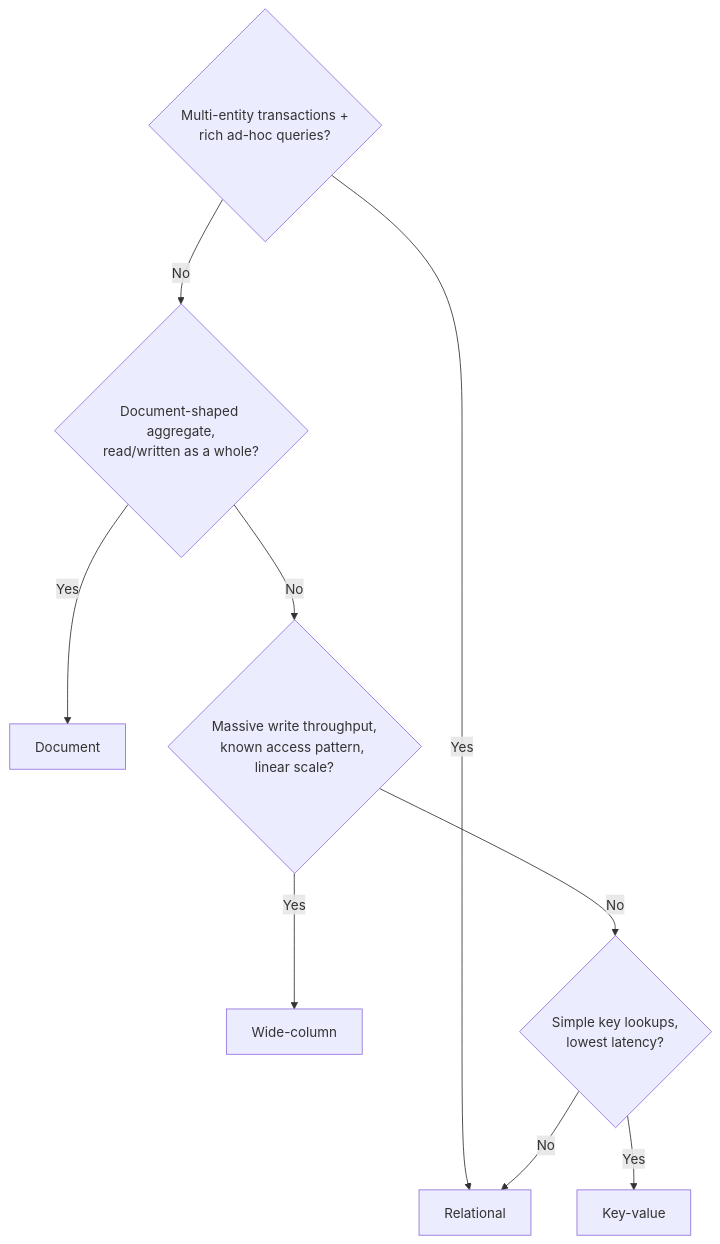
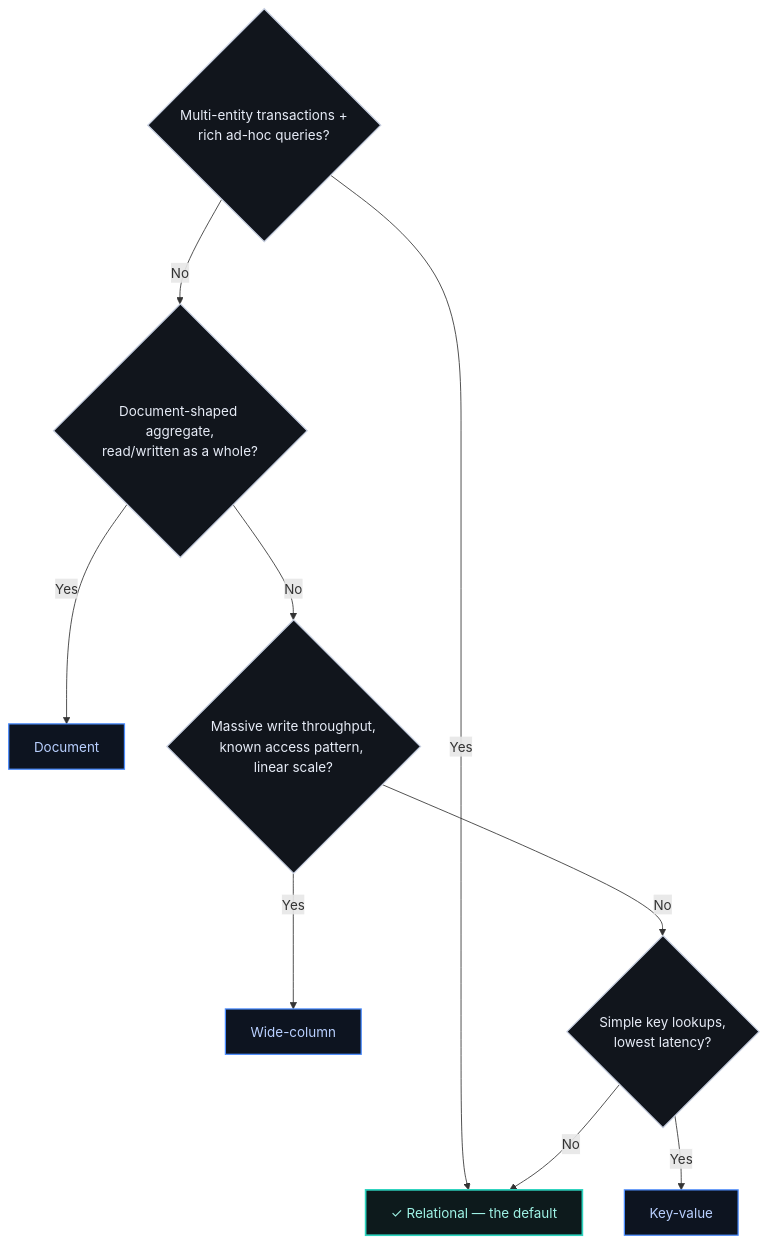
Before and after one commit to raghavarora12/engineering-playbook: the diagram in adrs/007-database-selection-framework.md, drawn with Mermaid. The commit also changed other lines of this file and 10 other files, not shown here.

````diff
--- a/adrs/007-database-selection-framework.md
+++ b/adrs/007-database-selection-framework.md
@@ -40,12 +52,19 @@
 ```mermaid
 flowchart TD
     Q1{"Multi-entity transactions +<br/>rich ad-hoc queries?"}
-    Q1 -- Yes --> REL["Relational"]
+    Q1 -- Yes --> REL["✓ Relational — the default"]
     Q1 -- No --> Q2{"Document-shaped aggregate,<br/>read/written as a whole?"}
     Q2 -- Yes --> DOC["Document"]
     Q2 -- No --> Q3{"Massive write throughput,<br/>known access pattern, linear scale?"}
     Q3 -- Yes --> WIDE["Wide-column"]
     Q3 -- No --> Q4{"Simple key lookups,<br/>lowest latency?"}
     Q4 -- Yes --> KV["Key-value"]
     Q4 -- No --> REL
+
+    classDef decision fill:#11151c,stroke:#c7cfe0,stroke-width:1.5px,color:#e7ecf7
+    classDef good fill:#0d1a1c,stroke:#2dd4bf,stroke-width:2px,color:#9ff3e6
+    classDef neutral fill:#0d1420,stroke:#4c8dff,stroke-width:1.5px,color:#b9d0ff
+    class Q1,Q2,Q3,Q4 decision
+    class REL good
+    class DOC,WIDE,KV neutral
 ```
````
